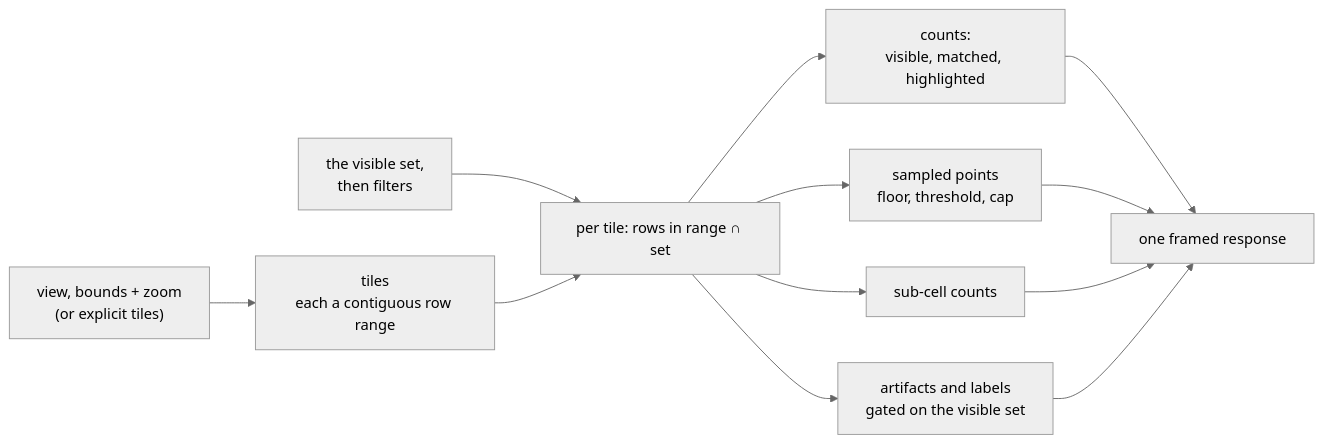
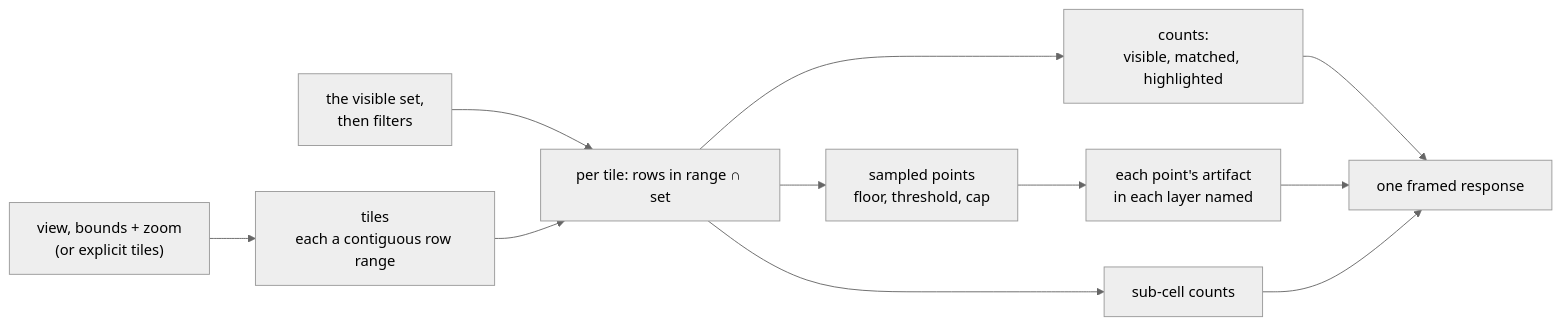
Before and after one commit to jennis0/tesseradb: the first of 4 diagrams in docs/system/queries.md, drawn with Mermaid (neutral theme). The commit also changed other lines of this file and 8 other files, not shown here.

First line of the commit message:
Describe how annotation layers are served: per-tile artifacts, figures and member files

````diff
--- a/docs/system/queries.md
+++ b/docs/system/queries.md
@@ -28,14 +28,13 @@
 ```mermaid
 flowchart LR
   req["view, bounds + zoom<br/>(or explicit tiles)"] --> tiles["tiles<br/>each a contiguous row range"]
   set["the visible set,<br/>then filters"] --> per
   tiles --> per["per tile: rows in range ∩ set"]
   per --> count["counts:<br/>visible, matched, highlighted"]
   per --> sample["sampled points<br/>floor, threshold, cap"]
   per --> cells["sub-cell counts"]
-  per --> arts["artifacts and labels<br/>gated on the visible set"]
+  sample --> tags["each point's artifact<br/>in each layer named"]
   count --> resp["one framed response"]
-  sample --> resp
+  tags --> resp
   cells --> resp
-  arts --> resp
 ```
````
